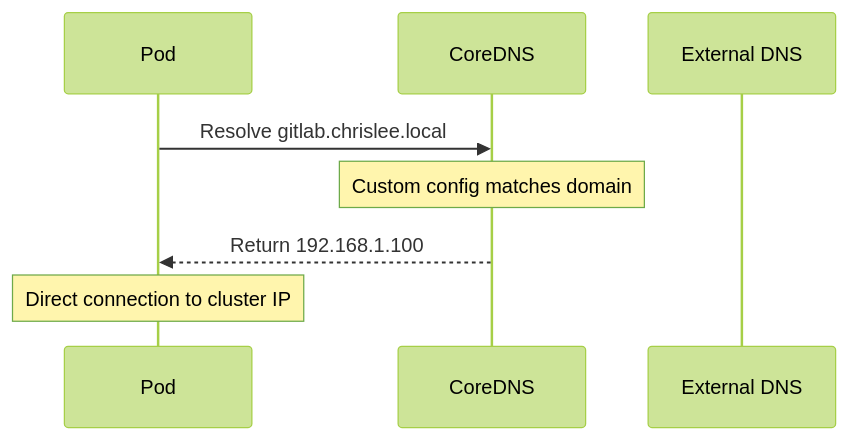
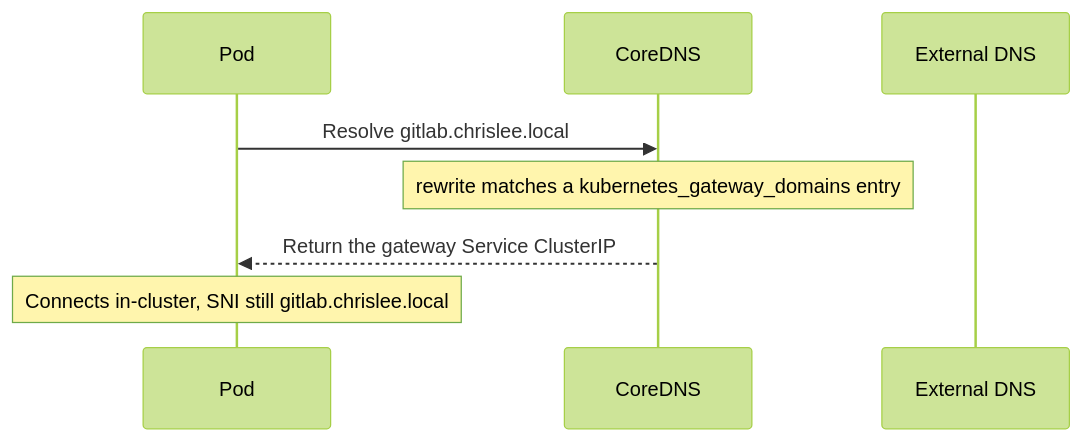
Before and after one commit to chrisleekr/homelab-infrastructure: the second of 2 diagrams in docs/stage2/kubernetes.md, drawn with Mermaid (forest theme). The commit also changed other lines of this file and 143 other files, not shown here.

````diff
--- a/docs/stage2/kubernetes.md
+++ b/docs/stage2/kubernetes.md
@@ -78,11 +78,11 @@
 ```mermaid
 sequenceDiagram
     participant Pod
     participant CoreDNS
     participant External as External DNS
 
     Pod->>CoreDNS: Resolve gitlab.chrislee.local
-    Note over CoreDNS: Custom config matches domain
-    CoreDNS-->>Pod: Return 192.168.1.100
-    Note over Pod: Direct connection to cluster IP
+    Note over CoreDNS: rewrite matches a kubernetes_gateway_domains entry
+    CoreDNS-->>Pod: Return the gateway Service ClusterIP
+    Note over Pod: Connects in-cluster, SNI still gitlab.chrislee.local
 ```
````
